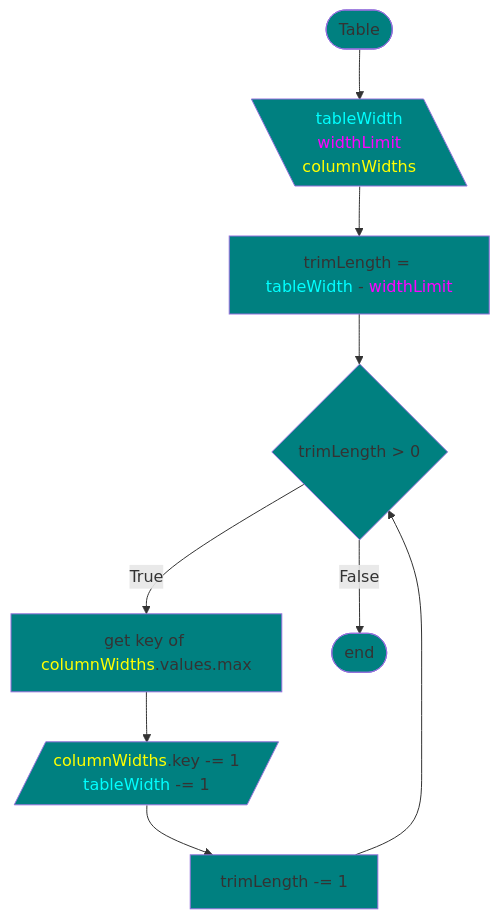
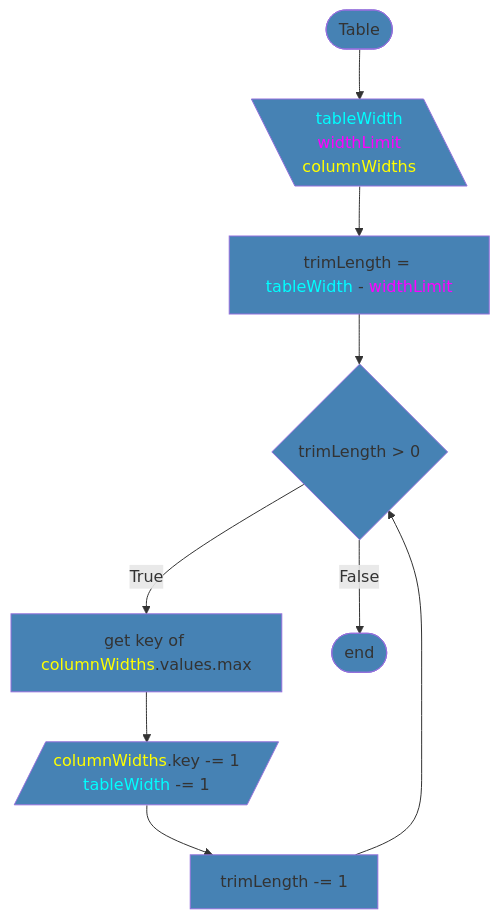
Before and after one commit to 7s4e/p3: diagram 15 of 20 in scripts/table/design.md, drawn with Mermaid. The commit also changed other lines of this file, not shown here.

````diff
--- a/scripts/table/design.md
+++ b/scripts/table/design.md
@@ -456,24 +456,24 @@
 ```mermaid
 flowchart
-    classDef fill fill:#008080
+    classDef fill fill:#4682b4
     STR([Table]):::fill
         STR --> INP
     INP[\"<span style='color:cyan;'>tableWidth</span>
           <span style='color:magenta;'>widthLimit</span>
           <span style='color:yellow;'>columnWidths</span>"\]:::fill
         INP --> TRM
     TRM["trimLength = <span style='color:cyan;'>tableWidth</span> - <span 
              style='color:magenta;'>widthLimit</span>"]:::fill
         TRM --> WHL
     WHL{trimLength > 0}:::fill
         WHL -- True  --> WTH
         DEC          --> WHL
         WHL -- False --> END
     WTH["get key of <span style='color:yellow;'>columnWidths</span>.values.max"]:::fill
         WTH --> SET
     SET[/"<span style='color:yellow;'>columnWidths</span>.key -= 1
          <span style='color:cyan;'>tableWidth</span> -= 1"/]:::fill
         SET --> DEC
     DEC[trimLength -= 1]:::fill
     END([end]):::fill
 ```
````
